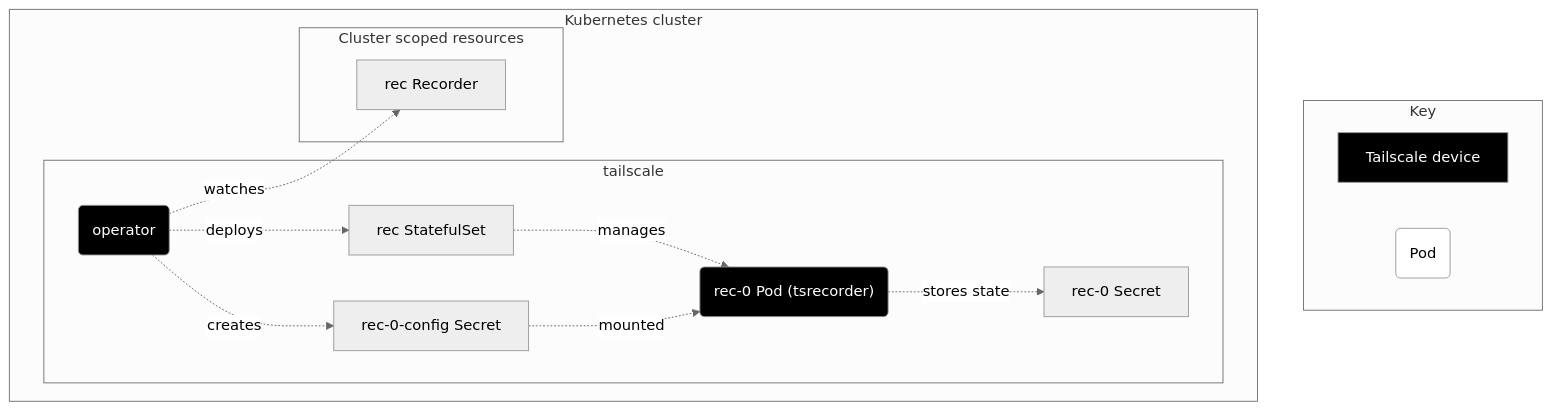
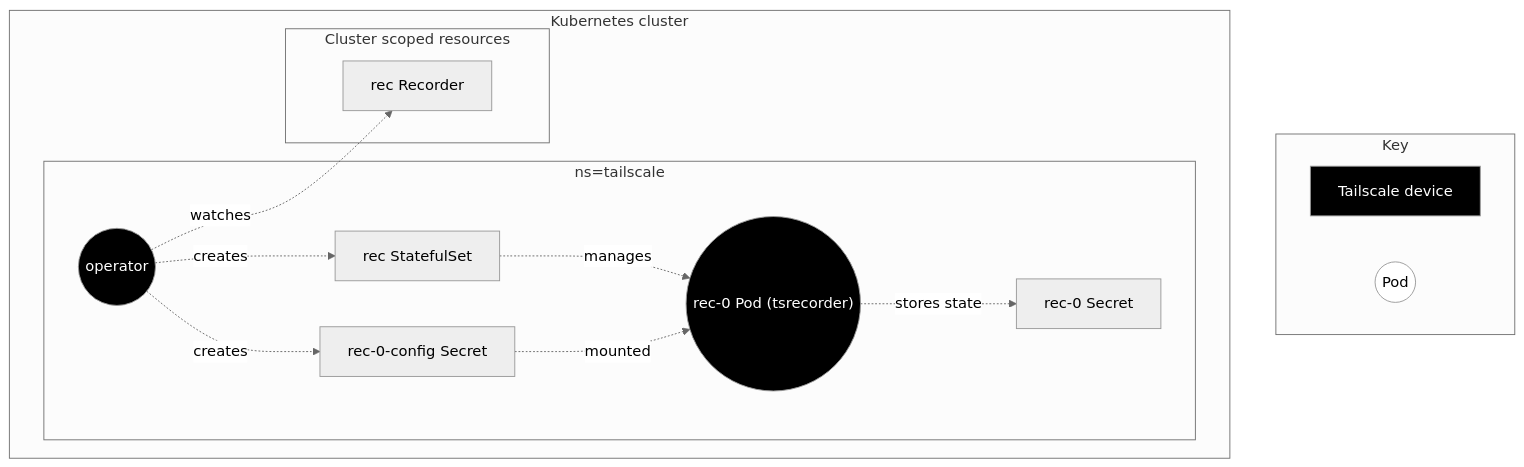
One commit to tailscale/tailscale changed the fifth of 5 diagrams in docs/k8s/operator-architecture.md. Above: the diagram before and after it, drawn with Mermaid. The commit also changed other lines of this file, not shown here.

````diff
--- a/docs/k8s/operator-architecture.md
+++ b/docs/k8s/operator-architecture.md
@@ -214,33 +217,33 @@
 ```mermaid
 %%{ init: { 'theme':'neutral' } }%%
 
 flowchart TD
     classDef tsnode color:#fff,fill:#000;
     classDef pod fill:#fff;
 
     subgraph Key
         ts[Tailscale device]:::tsnode
-        pod(Pod):::pod
+        pod((Pod)):::pod
     end
 
     subgraph k8s[Kubernetes cluster]
-        subgraph tailscale-ns[tailscale]
-            operator(operator):::tsnode
+        subgraph tailscale-ns[ns=tailscale]
+            operator((operator)):::tsnode
             rec-sts[rec StatefulSet]
-            rec-0("rec-0 Pod (tsrecorder)"):::tsnode
+            rec-0(("rec-0 Pod (tsrecorder)")):::tsnode
             cfg-secret-0["rec-0-config Secret"]
             state-secret-0["rec-0 Secret"]
         end
 
         subgraph cluster-scope["Cluster scoped resources"]
             rec["rec Recorder"]
         end
     end
     operator-.->|watches| rec
-    operator -.->|deploys| rec-sts
+    operator -.->|creates| rec-sts
     rec-sts -.->|manages| rec-0
     operator -.->|creates| cfg-secret-0
     cfg-secret-0 -.->|mounted| rec-0
     rec-0 -.->|stores state| state-secret-0
 
 ```
````
